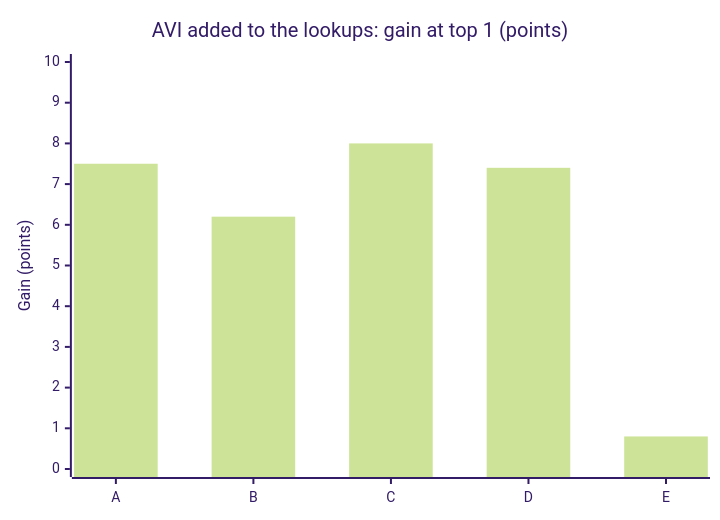
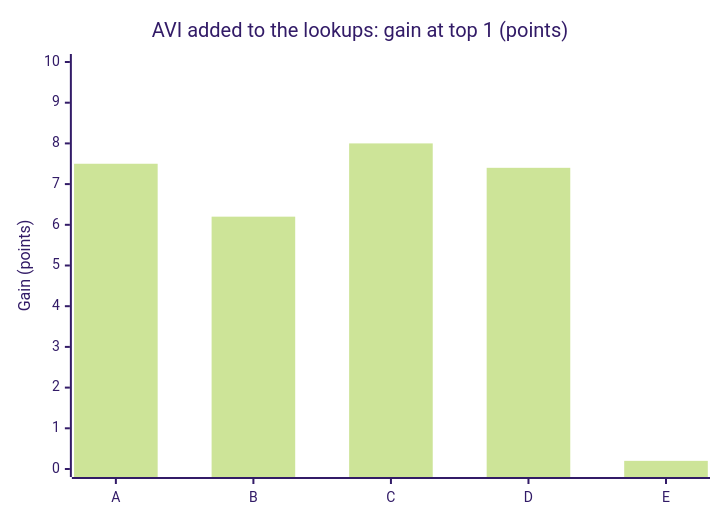
One commit to rewire-bio/amp-2026-studies changed the tenth of 16 diagrams in GUIDE.md. Above: the diagram before and after it, drawn with Mermaid (forest theme). The commit also changed other lines of this file and 11 other files, not shown here.

````diff
--- a/GUIDE.md
+++ b/GUIDE.md
@@ -212,7 +212,7 @@
 ```mermaid
 xychart-beta
     title "AVI added to the lookups: gain at top 1 (points)"
     x-axis ["A", "B", "C", "D", "E"]
     y-axis "Gain (points)" 0 --> 10
-    bar [7.5, 6.2, 8.0, 7.4, 0.8]
+    bar [7.5, 6.2, 8.0, 7.4, 0.2]
 ```
````
